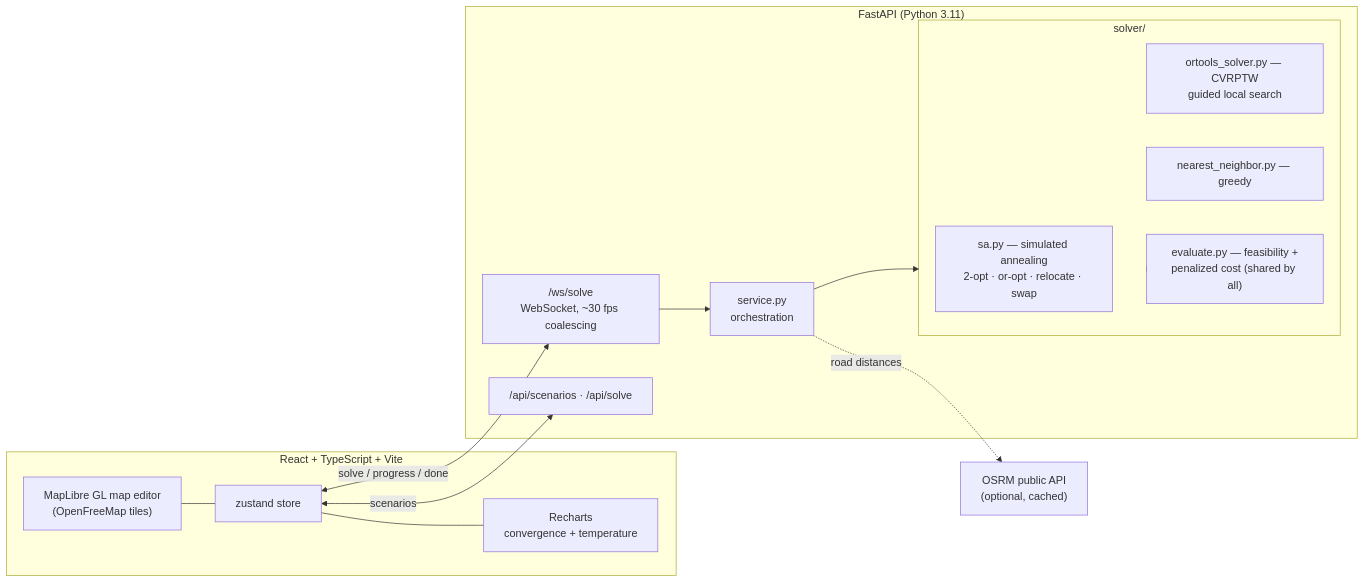
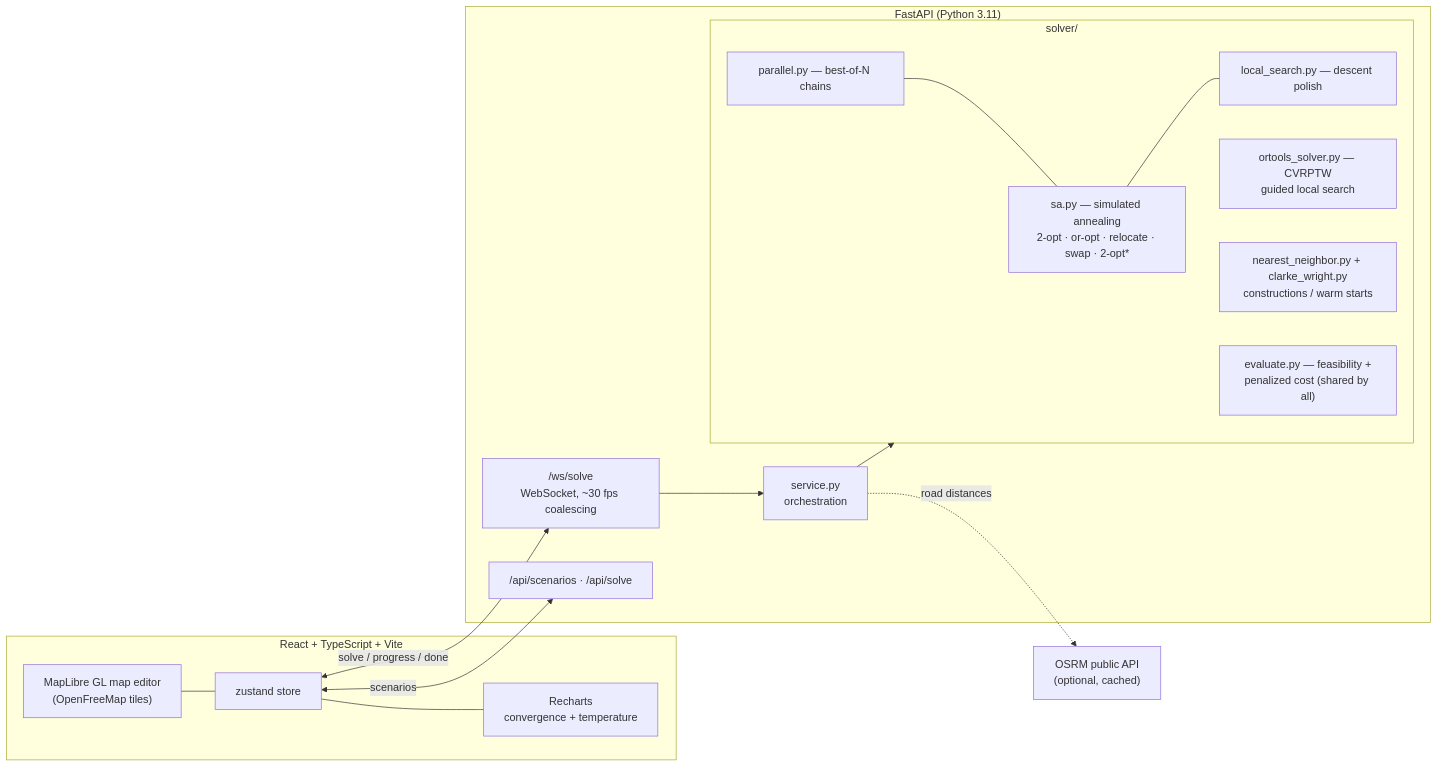
One commit to JIhushiru/anneal-routes changed the diagram in README.md. Above: the diagram before and after it, drawn with Mermaid. The commit also changed other lines of this file and 8 other files, not shown here.

````diff
--- a/README.md
+++ b/README.md
@@ -73,29 +73,33 @@
 ```mermaid
 flowchart LR
     subgraph Browser["React + TypeScript + Vite"]
         Map["MapLibre GL map editor<br/>(OpenFreeMap tiles)"]
         Charts["Recharts<br/>convergence + temperature"]
         Store["zustand store"]
         Map --- Store --- Charts
     end
 
     subgraph Backend["FastAPI (Python 3.11)"]
         WS["/ws/solve<br/>WebSocket, ~30 fps coalescing"]
         REST["/api/scenarios · /api/solve"]
         SVC["service.py<br/>orchestration"]
         subgraph Solvers["solver/"]
-            SA["sa.py — simulated annealing<br/>2-opt · or-opt · relocate · swap"]
+            SA["sa.py — simulated annealing<br/>2-opt · or-opt · relocate · swap · 2-opt*"]
+            LS["local_search.py — descent polish"]
+            PAR["parallel.py — best-of-N chains"]
             OT["ortools_solver.py — CVRPTW<br/>guided local search"]
-            NN["nearest_neighbor.py — greedy"]
+            NN["nearest_neighbor.py + clarke_wright.py<br/>constructions / warm starts"]
             EV["evaluate.py — feasibility +<br/>penalized cost (shared by all)"]
+            SA --- LS
+            PAR --- SA
         end
     end
 
     OSRM["OSRM public API<br/>(optional, cached)"]
 
     Store <-->|"solve / progress / done"| WS
     Store <-->|scenarios| REST
     WS --> SVC --> Solvers
     Solvers --> EV
     SVC -.->|road distances| OSRM
 ```
````
